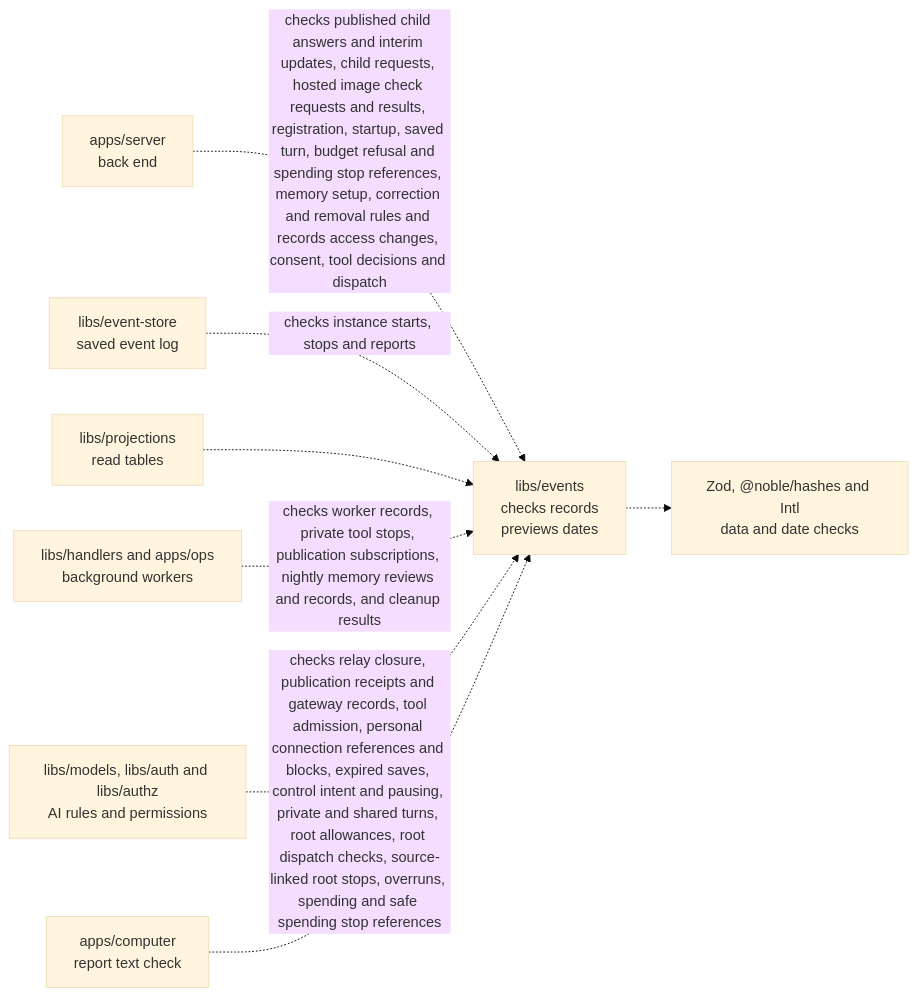
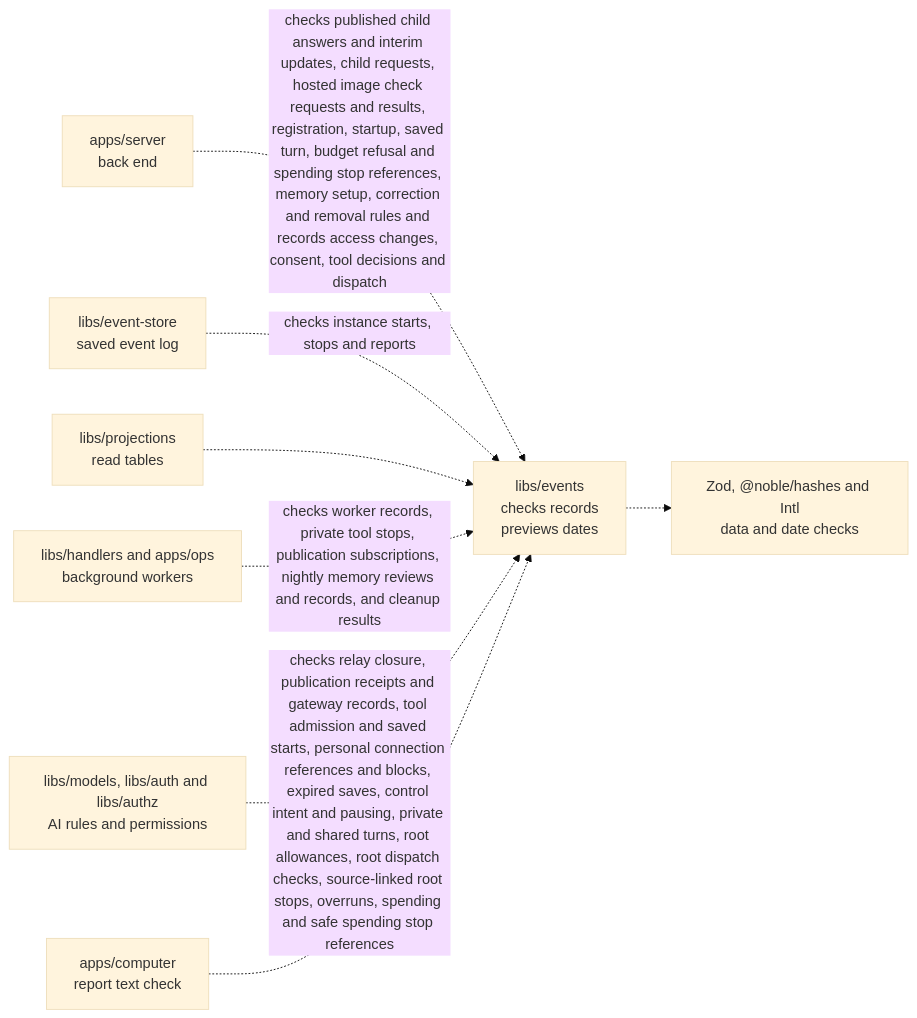
The diagram in libs/events/README.md (elewa-git/opencrane-new), drawn with Mermaid (base theme) before and after one commit. The commit also changed other lines of this file and 8 other files, not shown here.

Commit message:
🔒 Save published tool starts before sending any bytes

````diff
--- a/libs/events/README.md
+++ b/libs/events/README.md
@@ -27,10 +27,10 @@
 ```mermaid
 flowchart LR
   server["apps/server<br/>back end"] -.->|checks published child answers and interim updates, child requests, hosted image check requests and results, registration, startup, saved turn, budget refusal and spending stop references, memory setup, correction and removal rules and records access changes, consent, tool decisions and dispatch| events["libs/events<br/>checks records<br/>previews dates"]
   store["libs/event-store<br/>saved event log"] -.->|checks instance starts, stops and reports| events
   projections["libs/projections<br/>read tables"] -.-> events
   workers["libs/handlers and apps/ops<br/>background workers"] -.->|checks worker records, private tool stops, publication subscriptions, nightly memory reviews and records, and cleanup results| events
-  others["libs/models, libs/auth and libs/authz<br/>AI rules and permissions"] -.->|checks relay closure, publication receipts and gateway records, tool admission, personal connection references and blocks, expired saves, control intent and pausing, private and shared turns, root allowances, root dispatch checks, source-linked root stops, overruns, spending and safe spending stop references| events
+  others["libs/models, libs/auth and libs/authz<br/>AI rules and permissions"] -.->|checks relay closure, publication receipts and gateway records, tool admission and saved starts, personal connection references and blocks, expired saves, control intent and pausing, private and shared turns, root allowances, root dispatch checks, source-linked root stops, overruns, spending and safe spending stop references| events
   computer["apps/computer<br/>report text check"] -.-> events
   events -.-> checks["Zod, @noble/hashes and Intl<br/>data and date checks"]
 ```
````
